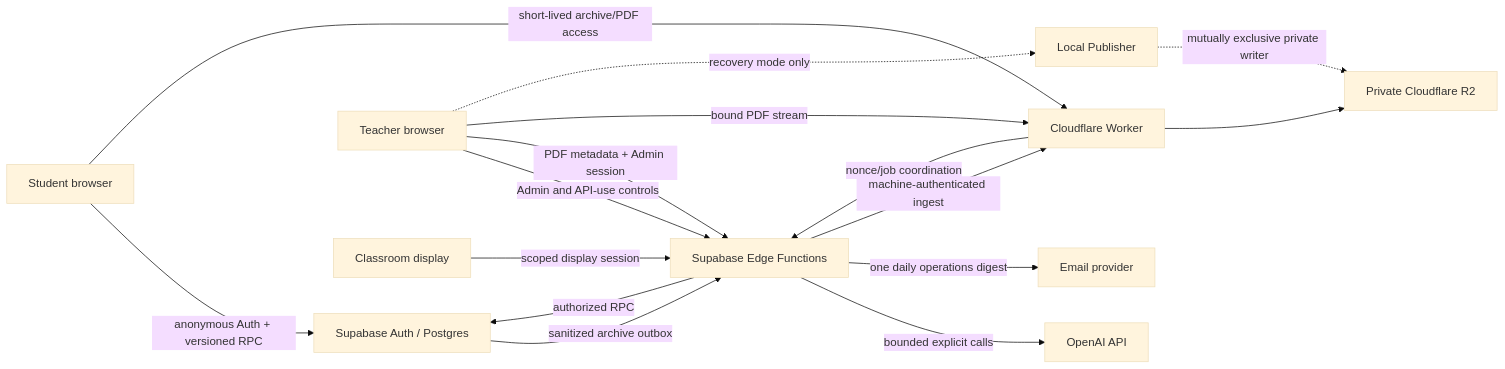
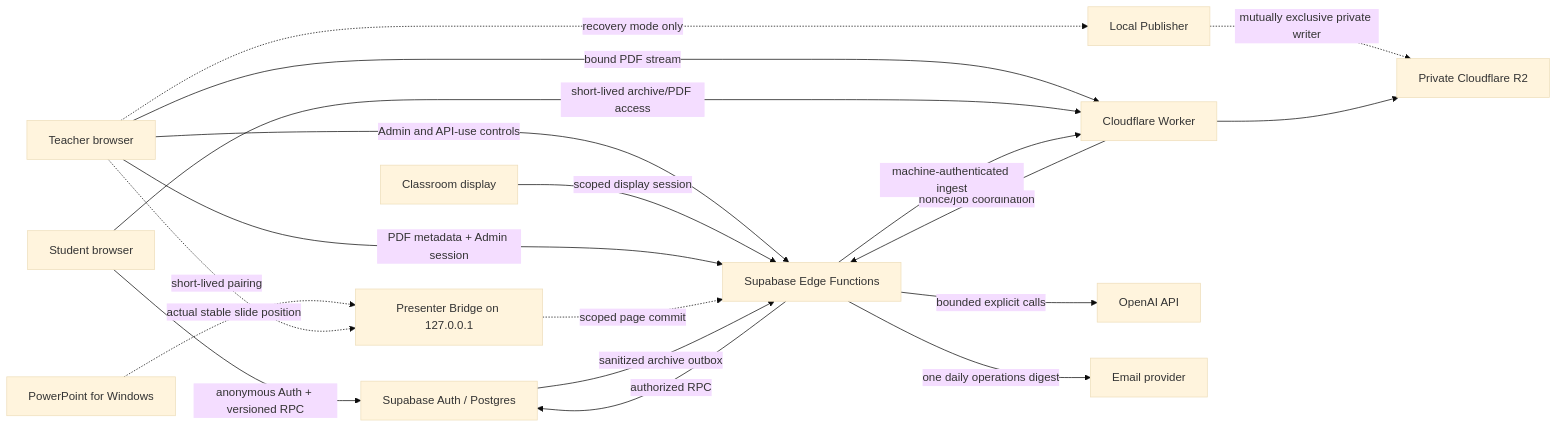
The diagram in docs/architecture.md (genellect/compass-interactive), drawn with Mermaid (base theme) before and after one commit. The commit also changed other lines of this file and 101 other files, not shown here.

Commit message:
feat: rescue Phase 7.29 presenter bridge

````diff
--- a/docs/architecture.md
+++ b/docs/architecture.md
@@ -24,20 +25,23 @@
 ```mermaid
 flowchart LR
   Student["Student browser"] -->|"anonymous Auth + versioned RPC"| Supabase["Supabase Auth / Postgres"]
   Teacher["Teacher browser"] -->|"Admin and API-use controls"| Edge["Supabase Edge Functions"]
   Display["Classroom display"] -->|"scoped display session"| Edge
   Edge -->|"authorized RPC"| Supabase
 
   Teacher -->|"PDF metadata + Admin session"| Edge
   Teacher -->|"bound PDF stream"| Worker
   Worker -->|"nonce/job coordination"| Edge
   Teacher -.->|"recovery mode only"| Publisher["Local Publisher"]
   Publisher -.->|"mutually exclusive private writer"| R2["Private Cloudflare R2"]
+  PowerPoint["PowerPoint for Windows"] -.->|"actual stable slide position"| Presenter["Presenter Bridge on 127.0.0.1"]
+  Teacher -.->|"short-lived pairing"| Presenter
+  Presenter -.->|"scoped page commit"| Edge
   Student -->|"short-lived archive/PDF access"| Worker["Cloudflare Worker"]
   Worker --> R2
 
   Edge -->|"bounded explicit calls"| OpenAI["OpenAI API"]
   Edge -->|"one daily operations digest"| Email["Email provider"]
   Supabase -->|"sanitized archive outbox"| Edge
   Edge -->|"machine-authenticated ingest"| Worker
 ```
````
